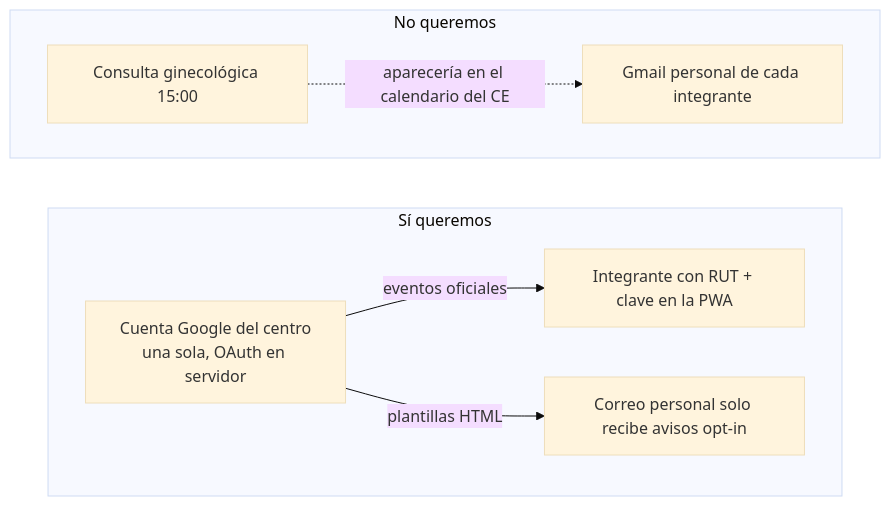
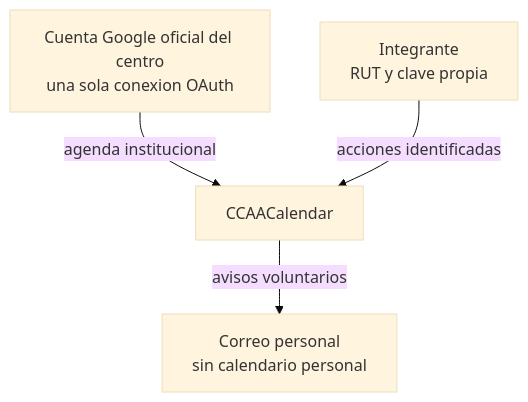
The sixth of 16 diagrams in README.md (JackStar6677-1/CCAACalendar), drawn with Mermaid (base theme) before and after one commit. The commit also changed other lines of this file, not shown here.

Commit message:
docs: corrige diagramas y actualiza estado del piloto

````diff
--- a/README.md
+++ b/README.md
@@ -138,18 +65,6 @@
 ```mermaid
-flowchart TB
-    subgraph mal ["No queremos"]
-        M1["Gmail personal de cada integrante"]
-        M2["Consulta ginecológica 15:00"]
-        M2 -.->|"aparecería en el calendario del CE"| M1
-    end
-
-    subgraph bien ["Sí queremos"]
-        B1["Cuenta Google del centro\nuna sola, OAuth en servidor"]
-        B2["Integrante con RUT + clave en la PWA"]
-        B3["Correo personal solo recibe avisos opt-in"]
-        B1 -->|"eventos oficiales"| B2
-        B1 -->|"plantillas HTML"| B3
-    end
-
-    mal ~~~ bien
+graph TD
+    A["Cuenta Google oficial del centro<br/>una sola conexion OAuth"] -->|"agenda institucional"| B["CCAACalendar"]
+    C["Integrante<br/>RUT y clave propia"] -->|"acciones identificadas"| B
+    B -->|"avisos voluntarios"| D["Correo personal<br/>sin calendario personal"]
 ```
````
